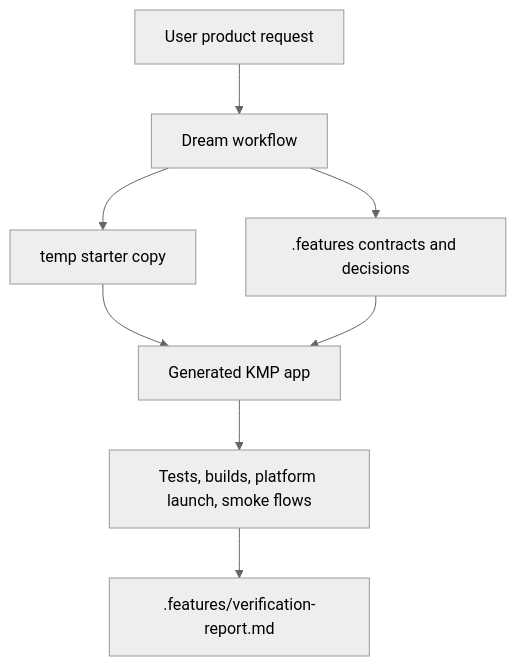
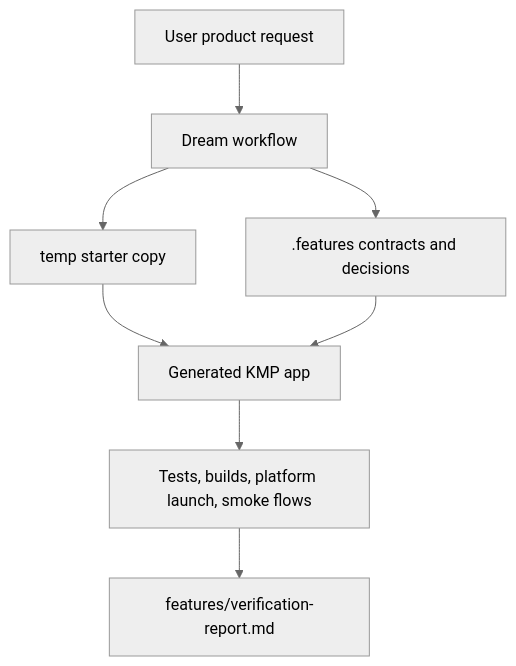
Before and after one commit to Helmy2/Dream: the first of 8 diagrams in ONBOARDING.md, drawn with Mermaid (neutral theme). The commit also changed other lines of this file and 57 other files, not shown here.

````diff
--- a/ONBOARDING.md
+++ b/ONBOARDING.md
@@ -13,10 +13,10 @@
 ```mermaid
 flowchart TD
     User[User product request] --> Dream[Dream workflow]
     Dream --> Contract[.features contracts and decisions]
     Dream --> Template[temp starter copy]
     Template --> Generated[Generated KMP app]
     Contract --> Generated
     Generated --> Verify[Tests, builds, platform launch, smoke flows]
-    Verify --> Report[.features/verification-report.md]
+    Verify --> Report[features/verification-report.md]
 ```
````
